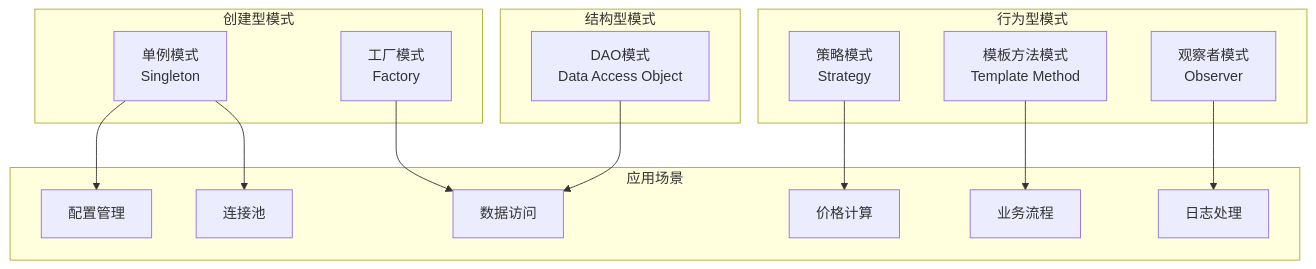
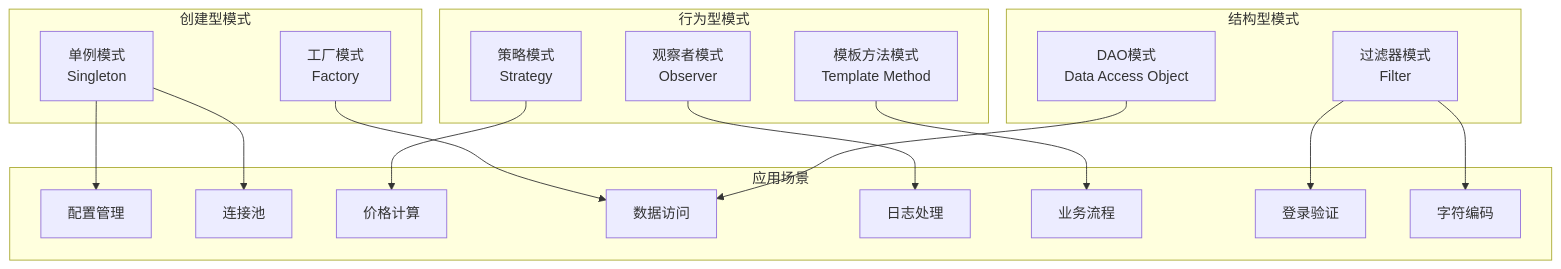
The first of 6 diagrams in docs/09-设计模式应用.md (tyz20050812tyz/hotel_managment_System), drawn with Mermaid before and after one commit.

Commit message:
更新设计模式文档

````diff
--- a/docs/09-设计模式应用.md
+++ b/docs/09-设计模式应用.md
@@ -32,34 +32,39 @@
 ```mermaid
 graph TB
     subgraph "创建型模式"
         S[单例模式<br/>Singleton]
         F[工厂模式<br/>Factory]
     end
     
     subgraph "结构型模式"
         D[DAO模式<br/>Data Access Object]
+        FT[过滤器模式<br/>Filter]
     end
     
     subgraph "行为型模式"
         ST[策略模式<br/>Strategy]
         TM[模板方法模式<br/>Template Method]
         O[观察者模式<br/>Observer]
     end
     
     subgraph "应用场景"
         Config[配置管理]
         Pool[连接池]
         Price[价格计算]
         Data[数据访问]
         Log[日志处理]
         Business[业务流程]
+        Auth[登录验证]
+        Encoding[字符编码]
     end
     
     S --> Config
     S --> Pool
     F --> Data
     ST --> Price
     TM --> Business
     D --> Data
     O --> Log
+    FT --> Auth
+    FT --> Encoding
 ```
````
